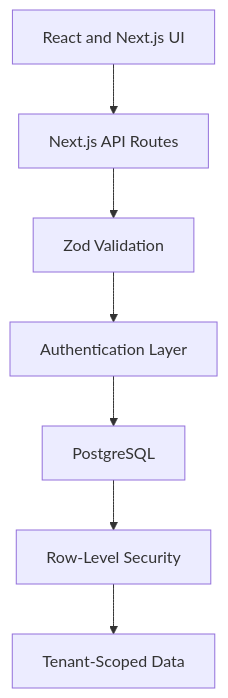
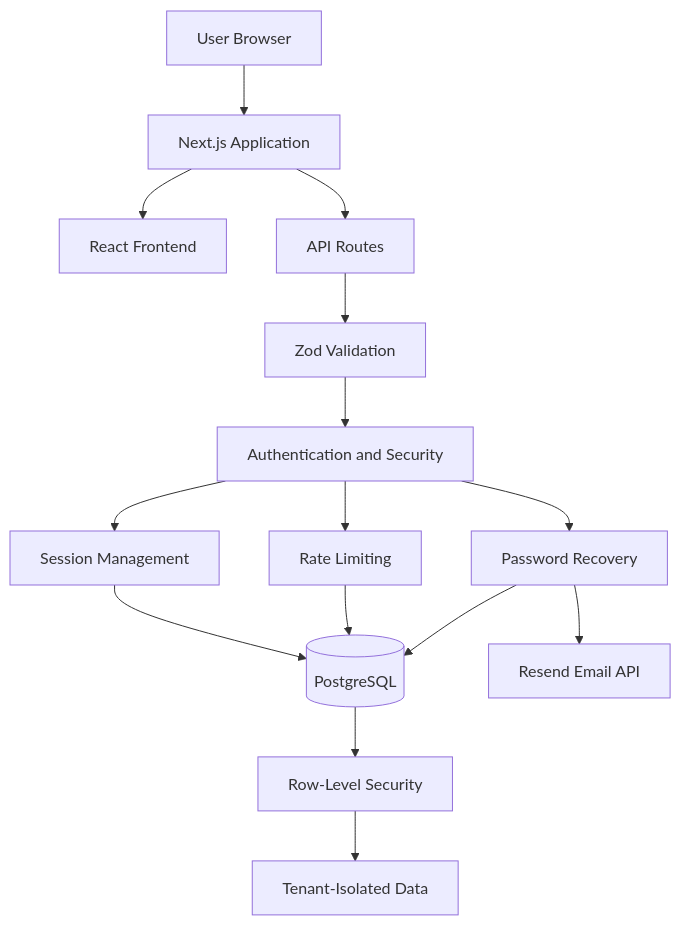
One commit to foryasith/tenantflow changed the first of 3 diagrams in README.md. Above: the diagram before and after it, drawn with Mermaid. The commit also changed other lines of this file, not shown here.

Commit message:
docs: update Week 1 architecture, authentication and security

````diff
--- a/README.md
+++ b/README.md
@@ -36,9 +65,23 @@
 ```mermaid
 flowchart TD
-    A[React and Next.js UI] --> B[Next.js API Routes]
-    B --> C[Zod Validation]
-    C --> D[Authentication Layer]
-    D --> E[PostgreSQL]
-    E --> F[Row-Level Security]
-    F --> G[Tenant-Scoped Data]
+    A[User Browser] --> B[Next.js Application]
+
+    B --> C[React Frontend]
+    B --> D[API Routes]
+
+    D --> E[Zod Validation]
+    E --> F[Authentication and Security]
+
+    F --> G[Session Management]
+    F --> H[Rate Limiting]
+    F --> I[Password Recovery]
+
+    G --> J[(PostgreSQL)]
+    H --> J
+    I --> J
+
+    I --> K[Resend Email API]
+
+    J --> L[Row-Level Security]
+    L --> M[Tenant-Isolated Data]
 ```
````
